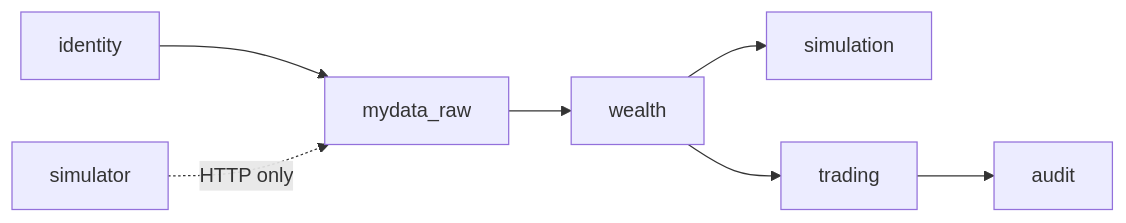
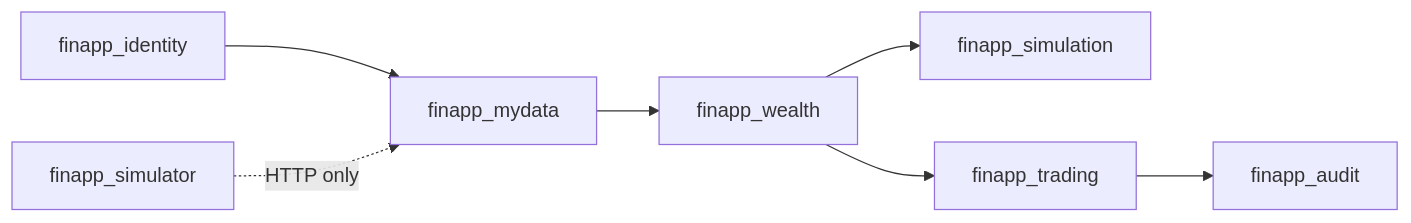
The diagram in docs/DATA_MODEL.md (CodingBot000/FinancialApp), drawn with Mermaid before and after one commit. The commit also changed other lines of this file and 12 other files, not shown here.

````diff
--- a/docs/DATA_MODEL.md
+++ b/docs/DATA_MODEL.md
@@ -26,9 +27,9 @@
 ```mermaid
 flowchart LR
-    I[identity] --> R[mydata_raw]
-    R --> W[wealth]
-    W --> S[simulation]
-    W --> T[trading]
-    T --> A[audit]
-    X[simulator] -. HTTP only .-> R
+    I[finapp_identity] --> R[finapp_mydata]
+    R --> W[finapp_wealth]
+    W --> S[finapp_simulation]
+    W --> T[finapp_trading]
+    T --> A[finapp_audit]
+    X[finapp_simulator] -. HTTP only .-> R
 ```
````
